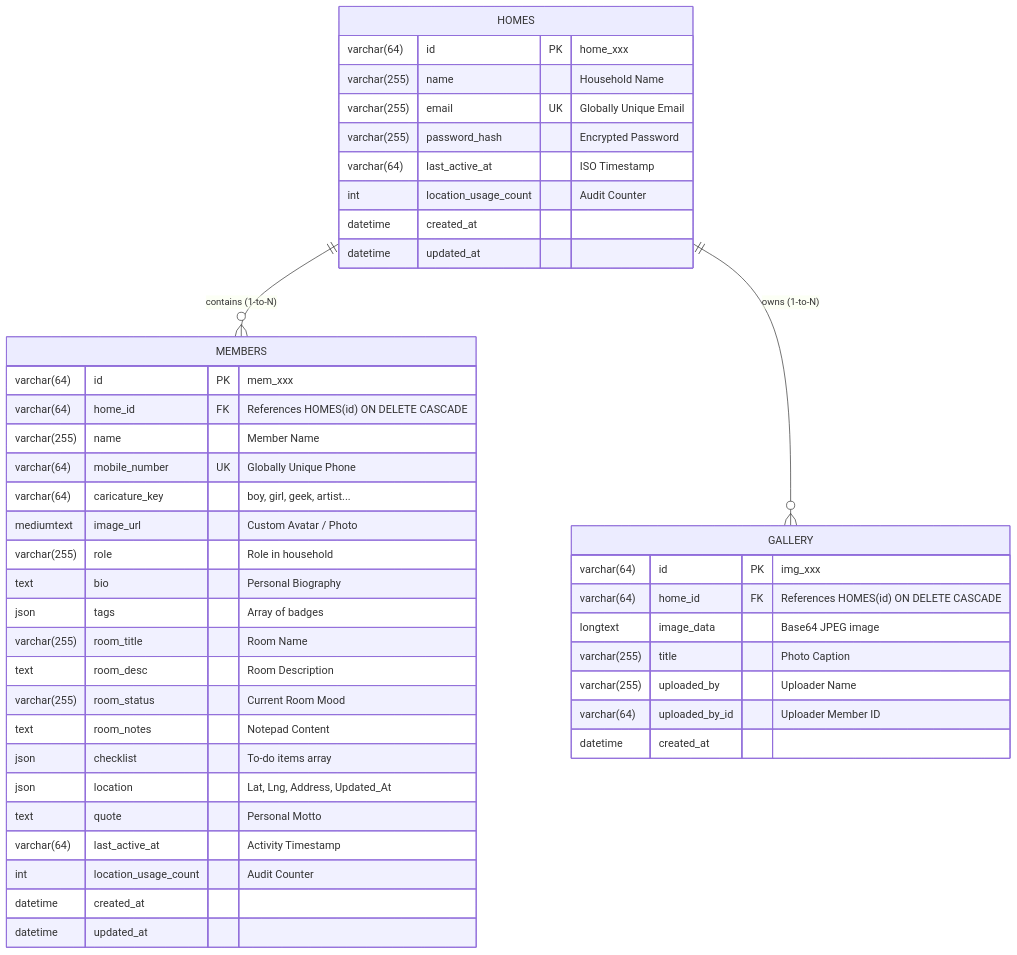
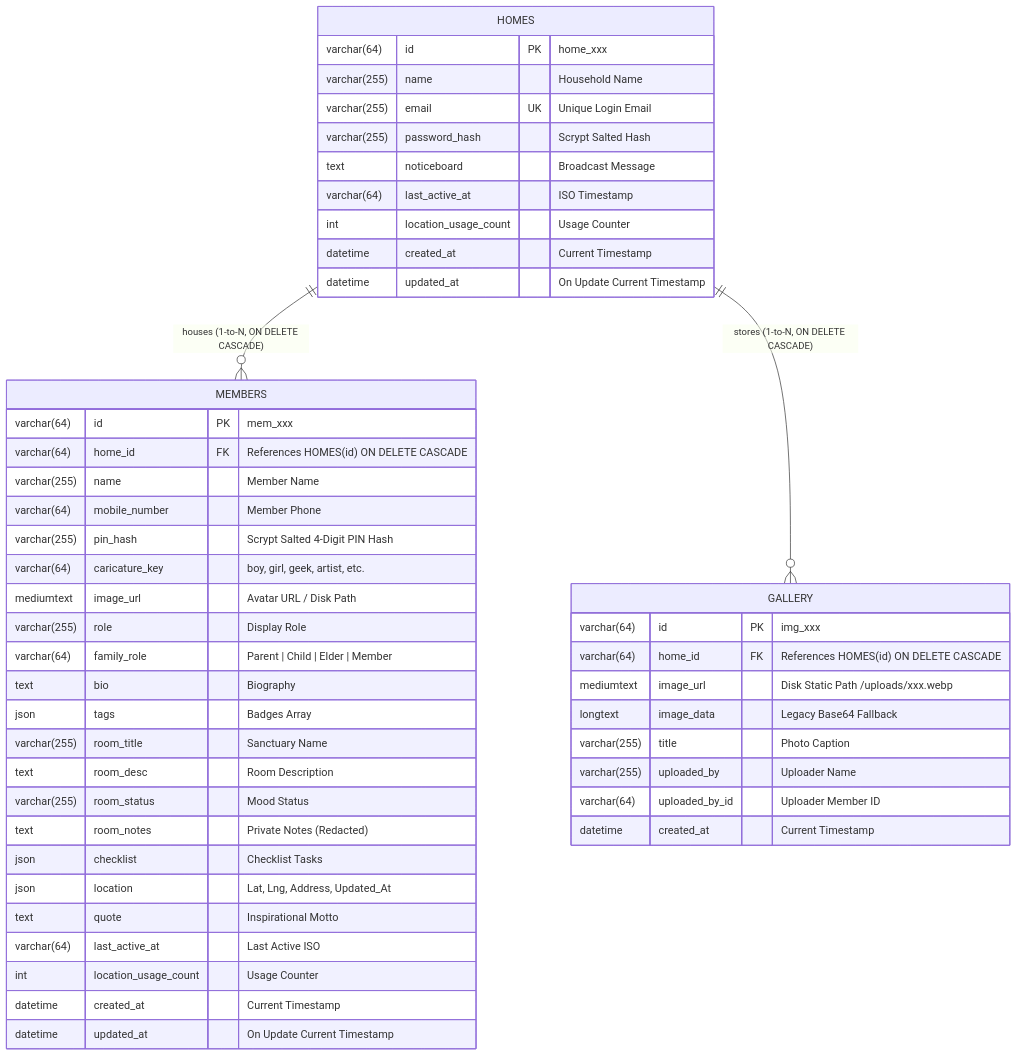
One commit to jishnurajlp777/family-home-app changed the fourth of 4 diagrams in docs/SRS.md. Above: the diagram before and after it, drawn with Mermaid. The commit also changed other lines of this file and 14 other files, not shown here.

Commit message:
v0.4: Enterprise security hardening, 4-digit PIN auth, delta sync, SSE, family roles, and updated SRS

````diff
--- a/docs/SRS.md
+++ b/docs/SRS.md
@@ -210,49 +244,53 @@
 ```mermaid
 erDiagram
+    HOMES ||--o{ MEMBERS : "houses (1-to-N, ON DELETE CASCADE)"
+    HOMES ||--o{ GALLERY : "stores (1-to-N, ON DELETE CASCADE)"
+
     HOMES {
         varchar(64) id PK "home_xxx"
         varchar(255) name "Household Name"
-        varchar(255) email UK "Globally Unique Email"
-        varchar(255) password_hash "Encrypted Password"
+        varchar(255) email UK "Unique Login Email"
+        varchar(255) password_hash "Scrypt Salted Hash"
+        text noticeboard "Broadcast Message"
         varchar(64) last_active_at "ISO Timestamp"
-        int location_usage_count "Audit Counter"
-        datetime created_at
-        datetime updated_at
+        int location_usage_count "Usage Counter"
+        datetime created_at "Current Timestamp"
+        datetime updated_at "On Update Current Timestamp"
     }
 
     MEMBERS {
         varchar(64) id PK "mem_xxx"
         varchar(64) home_id FK "References HOMES(id) ON DELETE CASCADE"
         varchar(255) name "Member Name"
-        varchar(64) mobile_number UK "Globally Unique Phone"
-        varchar(64) caricature_key "boy, girl, geek, artist..."
-        mediumtext image_url "Custom Avatar / Photo"
-        varchar(255) role "Role in household"
-        text bio "Personal Biography"
-        json tags "Array of badges"
-        varchar(255) room_title "Room Name"
+        varchar(64) mobile_number "Member Phone"
+        varchar(255) pin_hash "Scrypt Salted 4-Digit PIN Hash"
+        varchar(64) caricature_key "boy, girl, geek, artist, etc."
+        mediumtext image_url "Avatar URL / Disk Path"
+        varchar(255) role "Display Role"
+        varchar(64) family_role "Parent | Child | Elder | Member"
+        text bio "Biography"
+        json tags "Badges Array"
+        varchar(255) room_title "Sanctuary Name"
         text room_desc "Room Description"
-        varchar(255) room_status "Current Room Mood"
-        text room_notes "Notepad Content"
-        json checklist "To-do items array"
+        varchar(255) room_status "Mood Status"
+        text room_notes "Private Notes (Redacted)"
+        json checklist "Checklist Tasks"
         json location "Lat, Lng, Address, Updated_At"
-        text quote "Personal Motto"
-        varchar(64) last_active_at "Activity Timestamp"
-        int location_usage_count "Audit Counter"
-        datetime created_at
-        datetime updated_at
+        text quote "Inspirational Motto"
+        varchar(64) last_active_at "Last Active ISO"
+        int location_usage_count "Usage Counter"
+        datetime created_at "Current Timestamp"
+        datetime updated_at "On Update Current Timestamp"
     }
 
     GALLERY {
         varchar(64) id PK "img_xxx"
         varchar(64) home_id FK "References HOMES(id) ON DELETE CASCADE"
-        longtext image_data "Base64 JPEG image"
+        mediumtext image_url "Disk Static Path /uploads/xxx.webp"
+        longtext image_data "Legacy Base64 Fallback"
         varchar(255) title "Photo Caption"
         varchar(255) uploaded_by "Uploader Name"
         varchar(64) uploaded_by_id "Uploader Member ID"
-        datetime created_at
+        datetime created_at "Current Timestamp"
     }
-
-    HOMES ||--o{ MEMBERS : "contains (1-to-N)"
-    HOMES ||--o{ GALLERY : "owns (1-to-N)"
 ```
````
